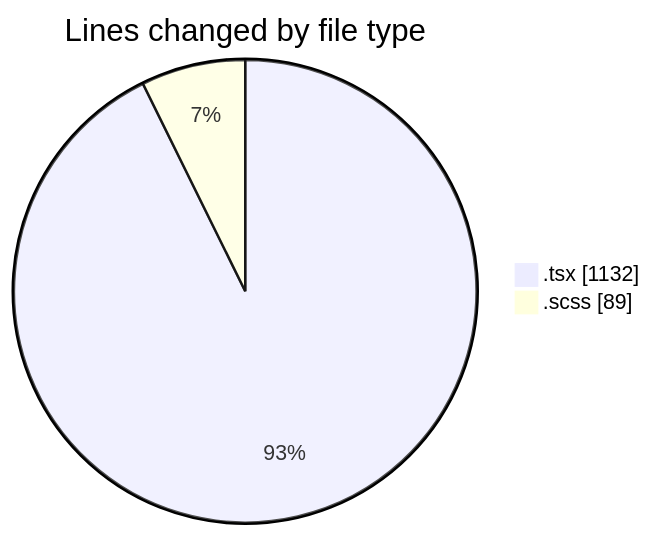
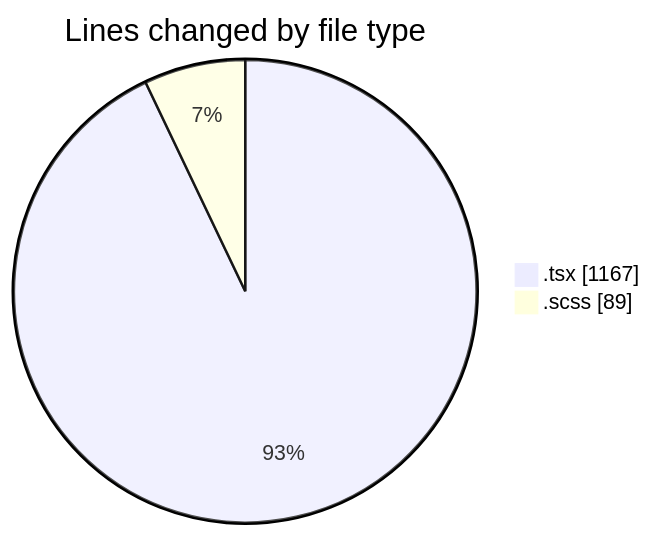
Before and after one commit to momahboobian/code-tracking: the first of 2 diagrams in 2025-06-17/cda/README.md, drawn with Mermaid. The commit also changed other lines of this file and 1 other file, not shown here.

````diff
--- a/2025-06-17/cda/README.md
+++ b/2025-06-17/cda/README.md
@@ -23,6 +23,6 @@
 ```mermaid
 pie showData
 title Lines changed by file type
-".tsx" : 1132
+".tsx" : 1167
 ".scss" : 89
 ```
````
